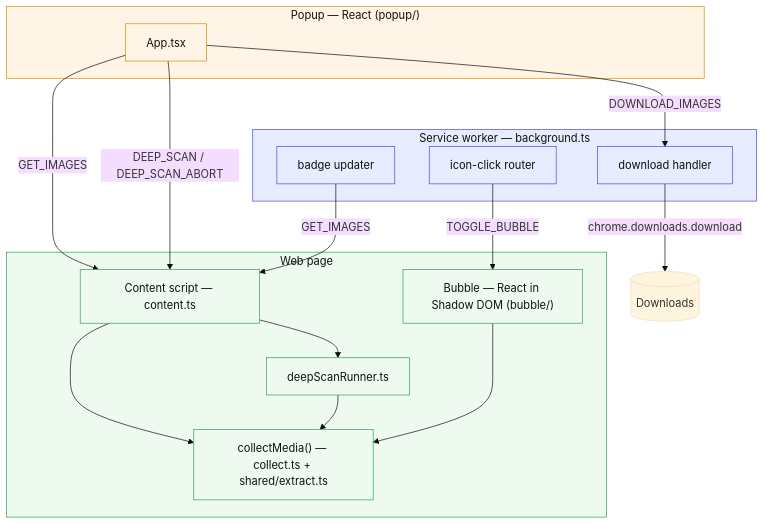
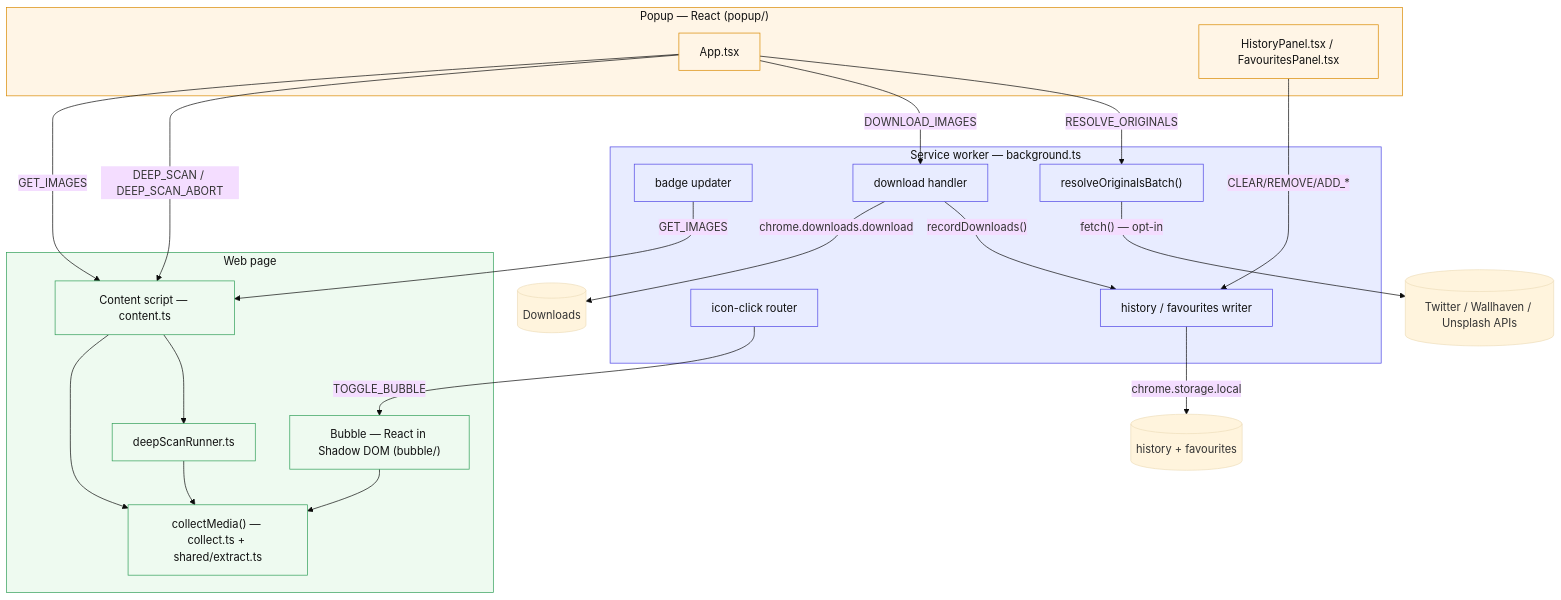
The diagram in docs/guides/architecture.md (mralaminahamed/media-bulk-downloads), drawn with Mermaid (base theme) before and after one commit. The commit also changed other lines of this file and 14 other files, not shown here.

````diff
--- a/docs/guides/architecture.md
+++ b/docs/guides/architecture.md
@@ -9,37 +9,45 @@
 ```mermaid
 flowchart TB
   subgraph SW["Service worker — background.ts"]
     BADGE["badge updater"]
     DL["download handler"]
     ICON["icon-click router"]
+    HIST["history / favourites writer"]
+    RES["resolveOriginalsBatch()"]
   end
 
   subgraph POP["Popup — React (popup/)"]
     APP1["App.tsx"]
+    HP["HistoryPanel.tsx / FavouritesPanel.tsx"]
   end
 
   subgraph PAGE["Web page"]
     CS["Content script — content.ts"]
     COL["collectMedia() — collect.ts + shared/extract.ts"]
     DS["deepScanRunner.ts"]
     BUB["Bubble — React in Shadow DOM (bubble/)"]
   end
 
   APP1 -- GET_IMAGES --> CS
   APP1 -- DEEP_SCAN / DEEP_SCAN_ABORT --> CS
   APP1 -- DOWNLOAD_IMAGES --> DL
+  APP1 -- RESOLVE_ORIGINALS --> RES
+  HP -- "CLEAR/REMOVE/ADD_*" --> HIST
   CS --> COL
   CS --> DS
   DS --> COL
   ICON -- TOGGLE_BUBBLE --> BUB
   BUB --> COL
   BADGE -- GET_IMAGES --> CS
   DL -- chrome.downloads.download --> DISK[("Downloads")]
+  DL -- recordDownloads() --> HIST
+  HIST -- chrome.storage.local --> STORE[("history + favourites")]
+  RES -- "fetch() — opt-in" --> EXT[("Twitter / Wallhaven / Unsplash APIs")]
 
   classDef sw fill:#e8ecff,stroke:#4f46e5,color:#111;
   classDef pop fill:#fff5e6,stroke:#d98a00,color:#111;
   classDef page fill:#eefaf0,stroke:#2f9e57,color:#111;
-  class SW,BADGE,DL,ICON sw;
-  class POP,APP1 pop;
+  class SW,BADGE,DL,ICON,HIST,RES sw;
+  class POP,APP1,HP pop;
   class PAGE,CS,COL,DS,BUB page;
 ```
````
